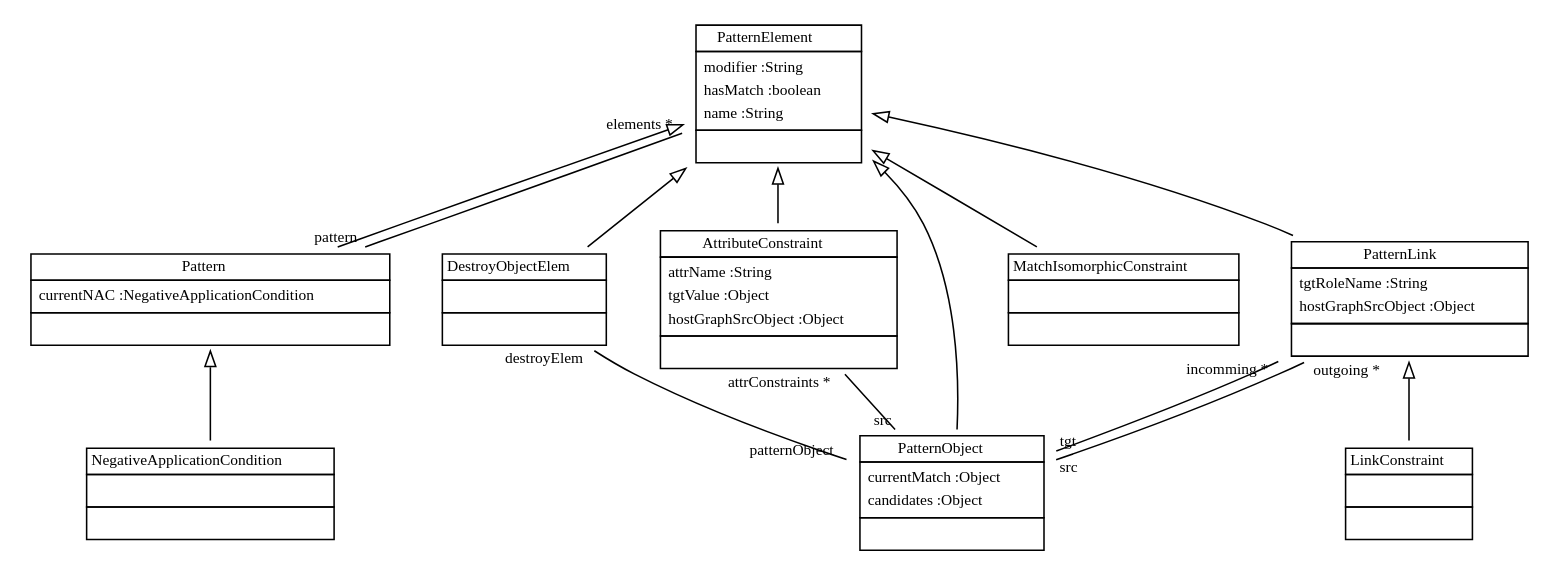
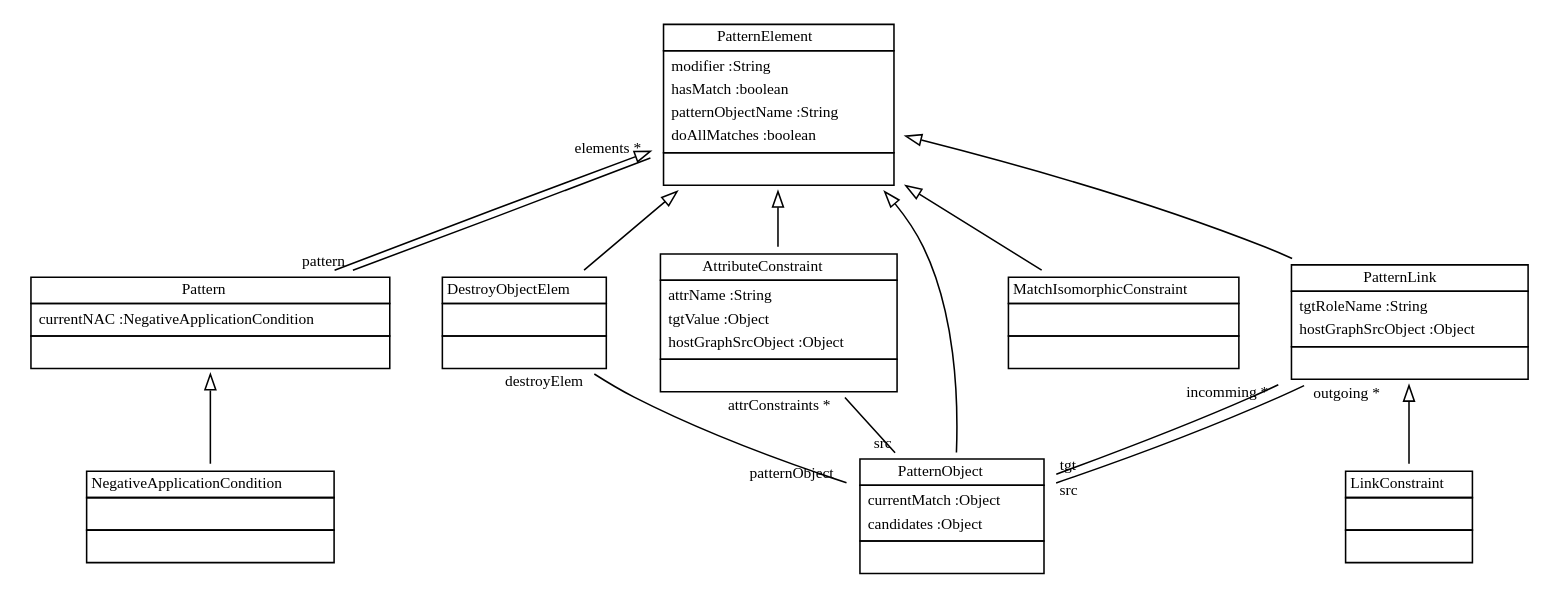
One commit to fujaba/SDMLib changed the diagram in doc/PatternModel01.dot. Above: the diagram before and after it, drawn with Graphviz. The commit also changed 167 other files, not shown here.

```diff
--- a/doc/PatternModel01.dot
+++ b/doc/PatternModel01.dot
@@ -1,32 +1,32 @@
 
  digraph ClassDiagram {
     node [shape = none, fontsize = 10]; 
     edge [fontsize = 10];
     
     
-    _PatternElement [label=<<table border='0' cellborder='1' cellspacing='0'> <tr> <td>PatternElement</td> </tr> <tr><td><table border='0' cellborder='0' cellspacing='0'> <tr><td align='left'>modifier :String</td></tr> <tr><td align='left'>hasMatch :boolean</td></tr> <tr><td align='left'>name :String</td></tr>  </table></td></tr> <tr><td><table border='0' cellborder='0' cellspacing='0'> <tr><td> </td></tr> </table></td></tr> </table>>];
+    _PatternElement [label=<<table border='0' cellborder='1' cellspacing='0'> <tr> <td>PatternElement</td> </tr> <tr><td><table border='0' cellborder='0' cellspacing='0'> <tr><td align='left'>modifier :String</td></tr> <tr><td align='left'>hasMatch :boolean</td></tr> <tr><td align='left'>patternObjectName :String</td></tr> <tr><td align='left'>doAllMatches :boolean</td></tr>  </table></td></tr> <tr><td><table border='0' cellborder='0' cellspacing='0'> <tr><td> </td></tr> </table></td></tr> </table>>];
     _Pattern [label=<<table border='0' cellborder='1' cellspacing='0'> <tr> <td>Pattern</td> </tr> <tr><td><table border='0' cellborder='0' cellspacing='0'> <tr><td align='left'>currentNAC :NegativeApplicationCondition</td></tr>  </table></td></tr> <tr><td><table border='0' cellborder='0' cellspacing='0'> <tr><td> </td></tr> </table></td></tr> </table>>];
     _NegativeApplicationCondition [label=<<table border='0' cellborder='1' cellspacing='0'> <tr> <td>NegativeApplicationCondition</td> </tr> <tr><td><table border='0' cellborder='0' cellspacing='0'> <tr><td> </td></tr> </table></td></tr> <tr><td><table border='0' cellborder='0' cellspacing='0'> <tr><td> </td></tr> </table></td></tr> </table>>];
     _PatternObject [label=<<table border='0' cellborder='1' cellspacing='0'> <tr> <td>PatternObject</td> </tr> <tr><td><table border='0' cellborder='0' cellspacing='0'> <tr><td align='left'>currentMatch :Object</td></tr> <tr><td align='left'>candidates :Object</td></tr>  </table></td></tr> <tr><td><table border='0' cellborder='0' cellspacing='0'> <tr><td> </td></tr> </table></td></tr> </table>>];
     _PatternLink [label=<<table border='0' cellborder='1' cellspacing='0'> <tr> <td>PatternLink</td> </tr> <tr><td><table border='0' cellborder='0' cellspacing='0'> <tr><td align='left'>tgtRoleName :String</td></tr> <tr><td align='left'>hostGraphSrcObject :Object</td></tr>  </table></td></tr> <tr><td><table border='0' cellborder='0' cellspacing='0'> <tr><td> </td></tr> </table></td></tr> </table>>];
     _AttributeConstraint [label=<<table border='0' cellborder='1' cellspacing='0'> <tr> <td>AttributeConstraint</td> </tr> <tr><td><table border='0' cellborder='0' cellspacing='0'> <tr><td align='left'>attrName :String</td></tr> <tr><td align='left'>tgtValue :Object</td></tr> <tr><td align='left'>hostGraphSrcObject :Object</td></tr>  </table></td></tr> <tr><td><table border='0' cellborder='0' cellspacing='0'> <tr><td> </td></tr> </table></td></tr> </table>>];
     _LinkConstraint [label=<<table border='0' cellborder='1' cellspacing='0'> <tr> <td>LinkConstraint</td> </tr> <tr><td><table border='0' cellborder='0' cellspacing='0'> <tr><td> </td></tr> </table></td></tr> <tr><td><table border='0' cellborder='0' cellspacing='0'> <tr><td> </td></tr> </table></td></tr> </table>>];
     _MatchIsomorphicConstraint [label=<<table border='0' cellborder='1' cellspacing='0'> <tr> <td>MatchIsomorphicConstraint</td> </tr> <tr><td><table border='0' cellborder='0' cellspacing='0'> <tr><td> </td></tr> </table></td></tr> <tr><td><table border='0' cellborder='0' cellspacing='0'> <tr><td> </td></tr> </table></td></tr> </table>>];
     _DestroyObjectElem [label=<<table border='0' cellborder='1' cellspacing='0'> <tr> <td>DestroyObjectElem</td> </tr> <tr><td><table border='0' cellborder='0' cellspacing='0'> <tr><td> </td></tr> </table></td></tr> <tr><td><table border='0' cellborder='0' cellspacing='0'> <tr><td> </td></tr> </table></td></tr> </table>>];
     
     
     
     _PatternElement ->  _Pattern [dir = "back" arrowtail = "empty"];
     _Pattern ->  _NegativeApplicationCondition [dir = "back" arrowtail = "empty"];
     _PatternElement ->  _PatternObject [dir = "back" arrowtail = "empty"];
     _PatternElement ->  _PatternLink [dir = "back" arrowtail = "empty"];
     _PatternElement ->  _AttributeConstraint [dir = "back" arrowtail = "empty"];
     _PatternLink ->  _LinkConstraint [dir = "back" arrowtail = "empty"];
     _PatternElement ->  _MatchIsomorphicConstraint [dir = "back" arrowtail = "empty"];
     _PatternElement ->  _DestroyObjectElem [dir = "back" arrowtail = "empty"];
     _Pattern -> _PatternElement [headlabel = "elements *" taillabel = "pattern" arrowhead = "none" ];
     _PatternLink -> _PatternObject [headlabel = "tgt" taillabel = "incomming *" arrowhead = "none" ];
     _PatternLink -> _PatternObject [headlabel = "src" taillabel = "outgoing *" arrowhead = "none" ];
     _AttributeConstraint -> _PatternObject [headlabel = "src" taillabel = "attrConstraints *" arrowhead = "none" ];
     _DestroyObjectElem -> _PatternObject [headlabel = "patternObject" taillabel = "destroyElem" arrowhead = "none" ];
 }
```
